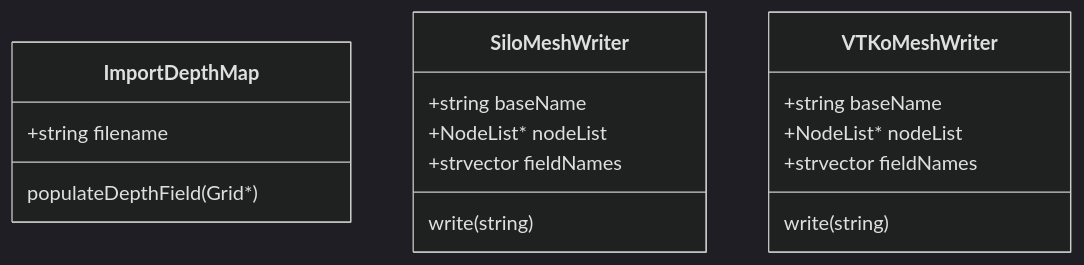
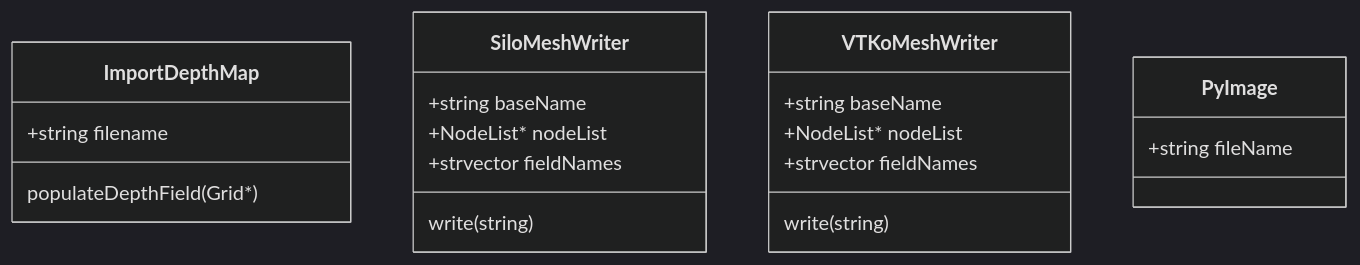
The diagram in src/IO/Classes.md (antimatterhorn/nidhoggr), drawn with Mermaid (dark theme) before and after one commit. The commit also changed 2 other files, not shown here.

Commit message:
updating class diagrams

````diff
--- a/src/IO/Classes.md
+++ b/src/IO/Classes.md
@@ -2,20 +2,23 @@
 ```mermaid
 classDiagram
     class ImportDepthMap{
         +string filename
         populateDepthField(Grid*)
     }
     
     class SiloMeshWriter{
         +string baseName
         +NodeList* nodeList
         +strvector fieldNames
         write(string)
     }
     class VTKoMeshWriter{
         +string baseName
         +NodeList* nodeList
         +strvector fieldNames
         write(string)
     }
+    class PyImage{
+        +string fileName
+    }
 ```
````
